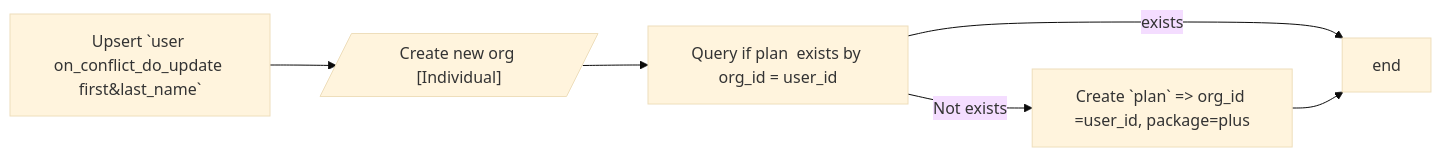
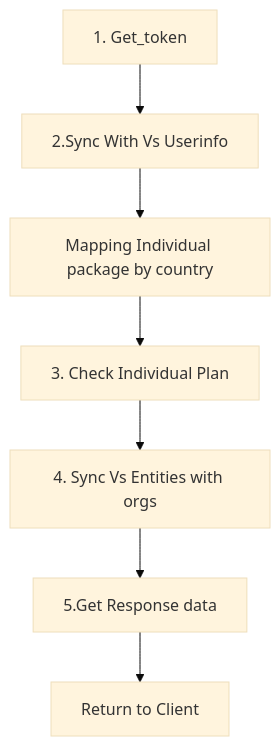
The first of 9 diagrams in vs_account.md (claire0613/ocelot_docs), drawn with Mermaid (base theme) before and after one commit. The commit also changed other lines of this file and 6 other files, not shown here.

````diff
--- a/vs_account.md
+++ b/vs_account.md
@@ -30,13 +3,10 @@
 ```mermaid
 
-graph LR
-
-    B[Upsert `user on_conflict_do_update first&last_name`] --> C[/"Create new org [Individual]"/]
-    C --> D[Query if plan  exists by org_id = user_id ]
-    D -->|Not exists|E[Create `plan` => org_id =user_id, package=plus ]
-    D -->|exists|G[end]
-    E --> G
-
-
-
+graph TD
+    A[1. Get_token ] --> B[2.Sync With Vs Userinfo]
+    B--> C["Mapping Individual package by country"]
+    C--> D["3. Check Individual Plan"]
+    D -->E[4. Sync Vs Entities with orgs]
+    E --> F[5.Get Response data]
+    F --> G[Return to Client]
 ```
````
